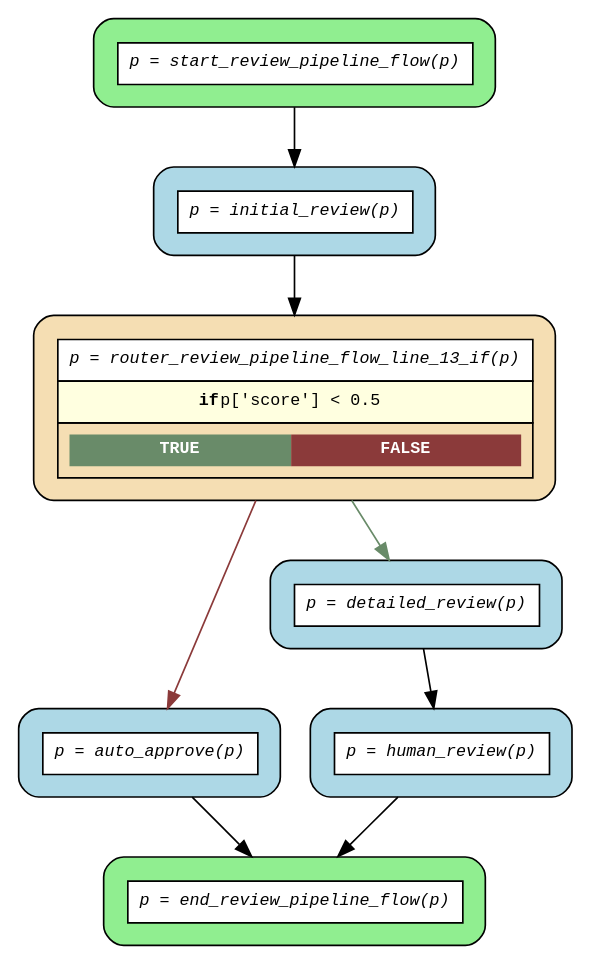
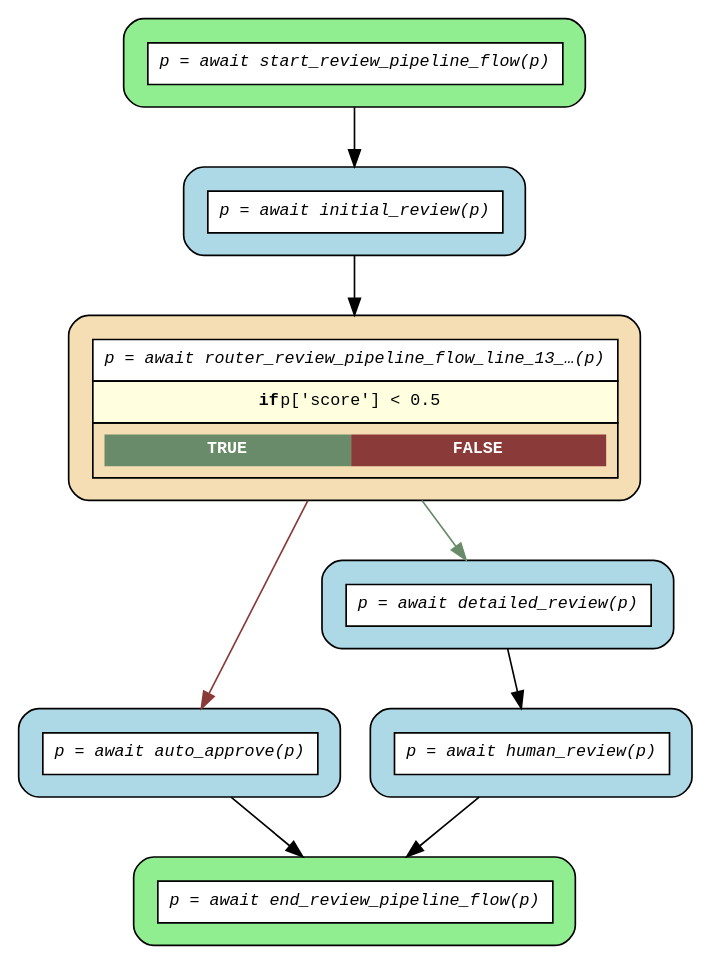
Before and after one commit to deliveryhero/asya: the diagram in examples/flows/compiled/async_nested/flow.dot, drawn with Graphviz. The commit also changed 10 other files, not shown here.

First line of the commit message:
fix(flow): show await in diagram labels, descriptive errors for unsupported expressions

```diff
--- a/examples/flows/compiled/async_nested/flow.dot
+++ b/examples/flows/compiled/async_nested/flow.dot
@@ -1,22 +1,22 @@
 digraph flow {
   rankdir=TB;
   graph [fontname="Courier", fontsize=10];
   node [fontname="Courier", fontsize=10, shape=box, style="filled,rounded", margin="0.2"];
   edge [fontname="Courier", fontsize=10];
 
-  start_review_pipeline_flow [fillcolor="lightgreen", label=<<table border="0" cellspacing="0" cellpadding="6" cellborder="1"><tr><td bgcolor="white" align="center"><i>p = start_review_pipeline_flow(p)</i></td></tr></table>>];
-  router_review_pipeline_flow_line_13_if [fillcolor="wheat", label=<<table border="0" cellspacing="0" cellpadding="6" cellborder="1"><tr><td bgcolor="white" align="center"><i>p = router_review_pipeline_flow_line_13_if(p)</i></td></tr><tr><td bgcolor="lightyellow"><b>if</b> p['score'] &lt; 0.5</td></tr><tr><td><table border="0" cellspacing="0" cellpadding="4"><tr><td bgcolor="darkseagreen4"><font color="white"><b>TRUE</b></font></td><td bgcolor="indianred4"><font color="white"><b>FALSE</b></font></td></tr></table></td></tr></table>>];
-  end_review_pipeline_flow [fillcolor="lightgreen", label=<<table border="0" cellspacing="0" cellpadding="6" cellborder="1"><tr><td bgcolor="white" align="center"><i>p = end_review_pipeline_flow(p)</i></td></tr></table>>];
-  auto_approve [fillcolor="lightblue", label=<<table border="0" cellspacing="0" cellpadding="6" cellborder="1"><tr><td bgcolor="white" align="center"><i>p = auto_approve(p)</i></td></tr></table>>];
-  detailed_review [fillcolor="lightblue", label=<<table border="0" cellspacing="0" cellpadding="6" cellborder="1"><tr><td bgcolor="white" align="center"><i>p = detailed_review(p)</i></td></tr></table>>];
-  human_review [fillcolor="lightblue", label=<<table border="0" cellspacing="0" cellpadding="6" cellborder="1"><tr><td bgcolor="white" align="center"><i>p = human_review(p)</i></td></tr></table>>];
-  initial_review [fillcolor="lightblue", label=<<table border="0" cellspacing="0" cellpadding="6" cellborder="1"><tr><td bgcolor="white" align="center"><i>p = initial_review(p)</i></td></tr></table>>];
+  start_review_pipeline_flow [fillcolor="lightgreen", label=<<table border="0" cellspacing="0" cellpadding="6" cellborder="1"><tr><td bgcolor="white" align="center"><i>p = await start_review_pipeline_flow(p)</i></td></tr></table>>];
+  router_review_pipeline_flow_line_13_if [fillcolor="wheat", label=<<table border="0" cellspacing="0" cellpadding="6" cellborder="1"><tr><td bgcolor="white" align="center"><i>p = await router_review_pipeline_flow_line_13_…(p)</i></td></tr><tr><td bgcolor="lightyellow"><b>if</b> p['score'] &lt; 0.5</td></tr><tr><td><table border="0" cellspacing="0" cellpadding="4"><tr><td bgcolor="darkseagreen4"><font color="white"><b>TRUE</b></font></td><td bgcolor="indianred4"><font color="white"><b>FALSE</b></font></td></tr></table></td></tr></table>>];
+  end_review_pipeline_flow [fillcolor="lightgreen", label=<<table border="0" cellspacing="0" cellpadding="6" cellborder="1"><tr><td bgcolor="white" align="center"><i>p = await end_review_pipeline_flow(p)</i></td></tr></table>>];
+  auto_approve [fillcolor="lightblue", label=<<table border="0" cellspacing="0" cellpadding="6" cellborder="1"><tr><td bgcolor="white" align="center"><i>p = await auto_approve(p)</i></td></tr></table>>];
+  detailed_review [fillcolor="lightblue", label=<<table border="0" cellspacing="0" cellpadding="6" cellborder="1"><tr><td bgcolor="white" align="center"><i>p = await detailed_review(p)</i></td></tr></table>>];
+  human_review [fillcolor="lightblue", label=<<table border="0" cellspacing="0" cellpadding="6" cellborder="1"><tr><td bgcolor="white" align="center"><i>p = await human_review(p)</i></td></tr></table>>];
+  initial_review [fillcolor="lightblue", label=<<table border="0" cellspacing="0" cellpadding="6" cellborder="1"><tr><td bgcolor="white" align="center"><i>p = await initial_review(p)</i></td></tr></table>>];
 
   auto_approve -> end_review_pipeline_flow;
   detailed_review -> human_review;
   human_review -> end_review_pipeline_flow;
   initial_review -> router_review_pipeline_flow_line_13_if;
   router_review_pipeline_flow_line_13_if -> auto_approve [color=indianred4];
   router_review_pipeline_flow_line_13_if -> detailed_review [color=darkseagreen4];
   start_review_pipeline_flow -> initial_review;
 }
```
